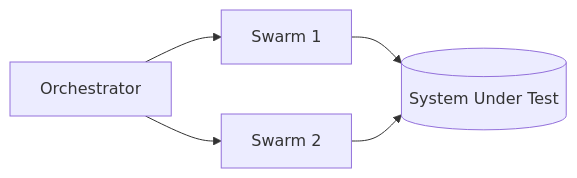
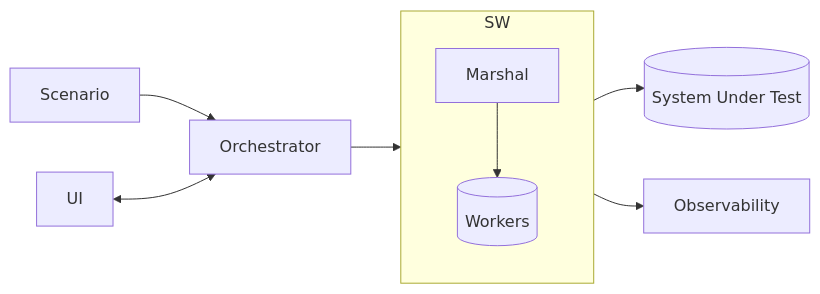
The diagram in README.md (sepa79/PocketHive), drawn with Mermaid before and after one commit. The commit also changed 1 other file, not shown here.

Commit message:
docs: refine architecture diagrams

````diff
--- a/README.md
+++ b/README.md
@@ -7,7 +7,12 @@
 ```mermaid
 flowchart LR
-  O[Orchestrator] --> S1[Swarm 1]
-  O --> S2[Swarm 2]
-  S1 --> SUT[(System Under Test)]
-  S2 --> SUT
+  SC[Scenario] --> O[Orchestrator]
+  UI[UI] <--> O
+  O --> SW[Swarm]
+  subgraph SW
+    direction TB
+    M[Marshal] --> W[(Workers)]
+  end
+  W --> SUT[(System Under Test)]
+  W --> OBS[Observability]
 ```
````
